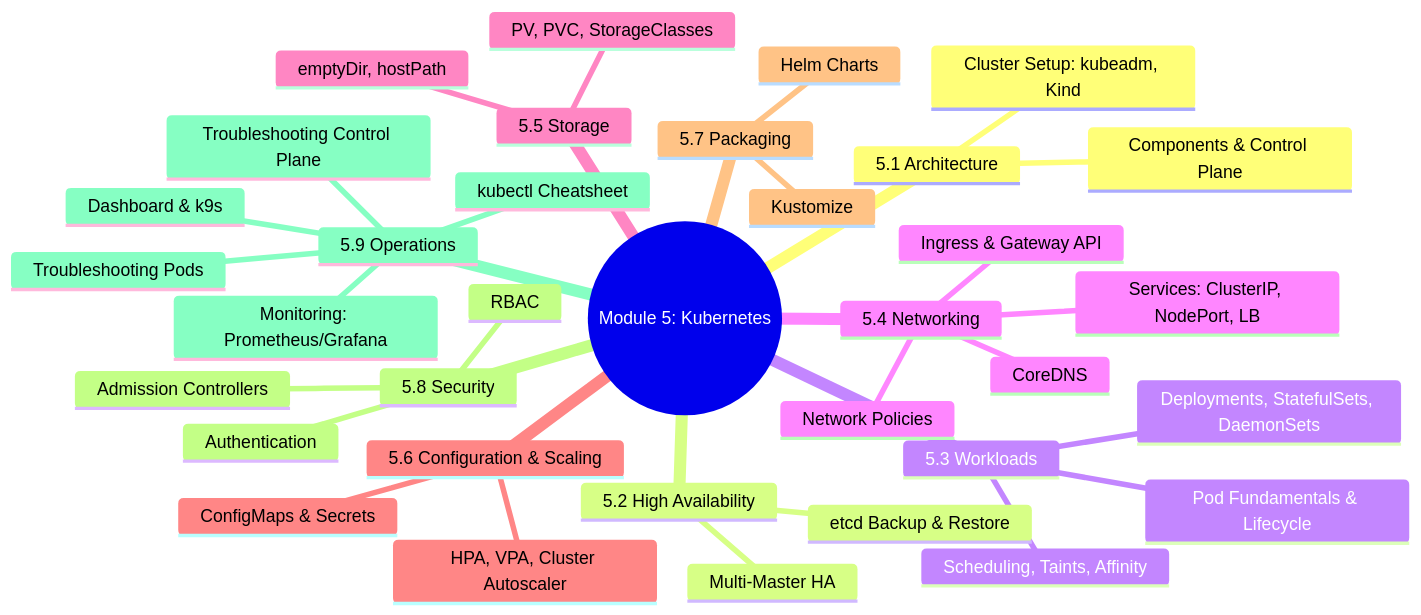
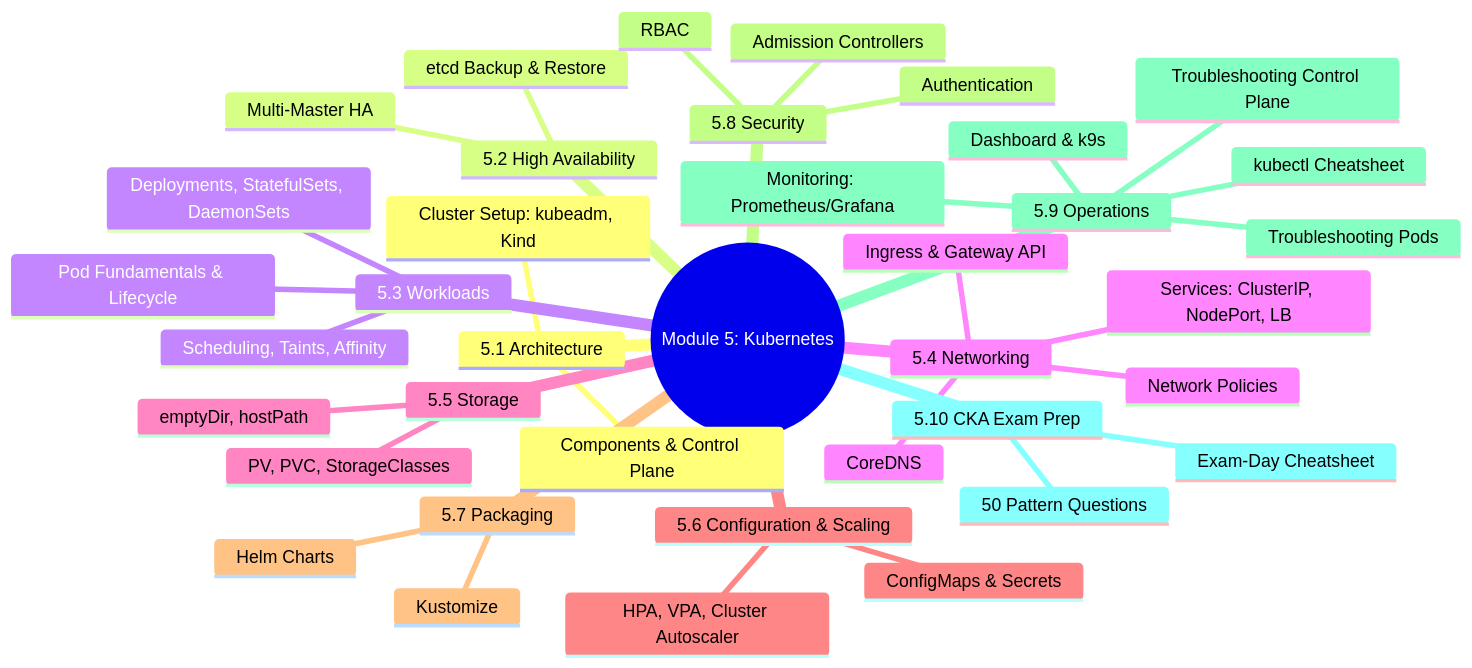
Before and after one commit to VidhyadharanSS/PlatformEngineeringNotes: the first of 3 diagrams in 5-Kubernetes/Module_5_Approach_Guide.md, drawn with Mermaid. The commit also changed other lines of this file and 45 other files, not shown here.

````diff
--- a/5-Kubernetes/Module_5_Approach_Guide.md
+++ b/5-Kubernetes/Module_5_Approach_Guide.md
@@ -5,38 +5,41 @@
 ```mermaid
 mindmap
   root((Module 5: Kubernetes))
     5.1 Architecture
       Components & Control Plane
       Cluster Setup: kubeadm, Kind
     5.2 High Availability
       Multi-Master HA
       etcd Backup & Restore
     5.3 Workloads
       Pod Fundamentals & Lifecycle
       Deployments, StatefulSets, DaemonSets
       Scheduling, Taints, Affinity
     5.4 Networking
       Services: ClusterIP, NodePort, LB
       Ingress & Gateway API
       Network Policies
       CoreDNS
     5.5 Storage
       emptyDir, hostPath
       PV, PVC, StorageClasses
     5.6 Configuration & Scaling
       ConfigMaps & Secrets
       HPA, VPA, Cluster Autoscaler
     5.7 Packaging
       Kustomize
       Helm Charts
     5.8 Security
       Authentication
       RBAC
       Admission Controllers
     5.9 Operations
       Troubleshooting Control Plane
       Troubleshooting Pods
       Monitoring: Prometheus/Grafana
       Dashboard & k9s
       kubectl Cheatsheet
+    5.10 CKA Exam Prep
+      50 Pattern Questions
+      Exam-Day Cheatsheet
 ```
````
